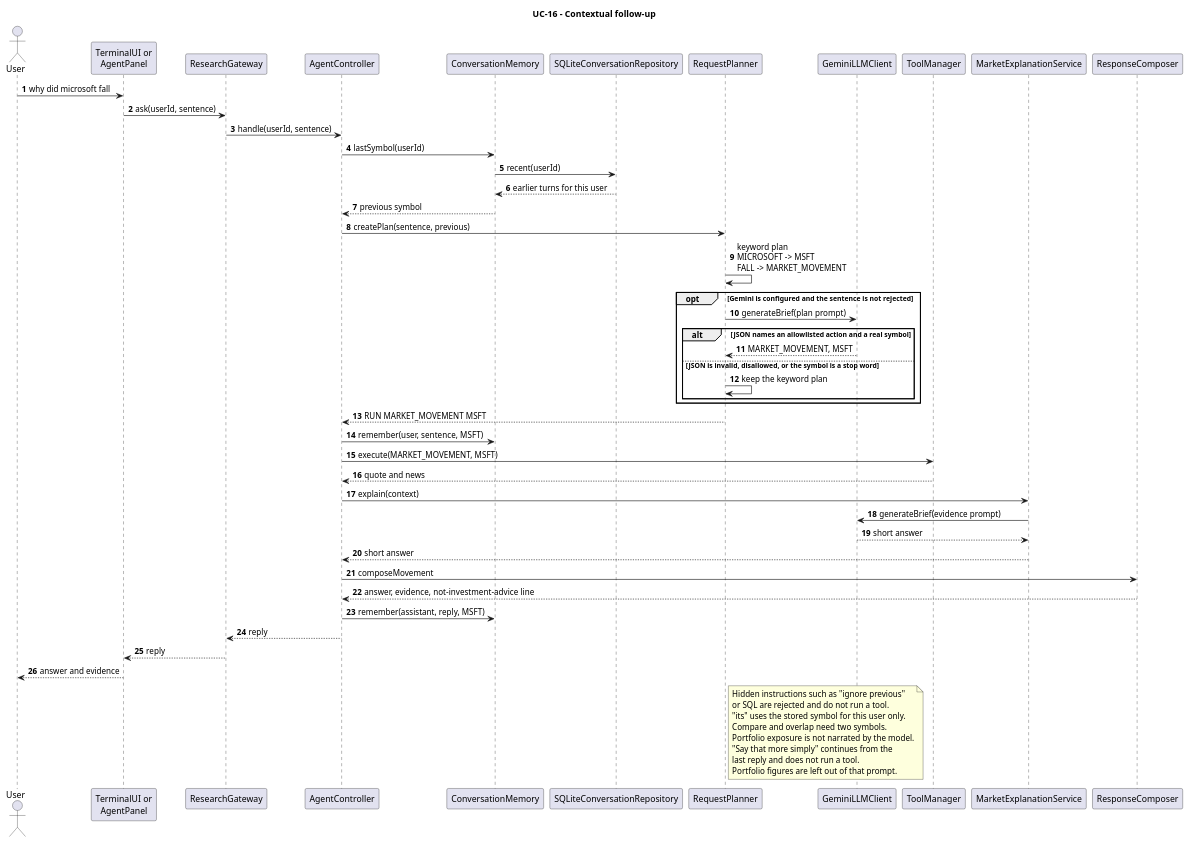
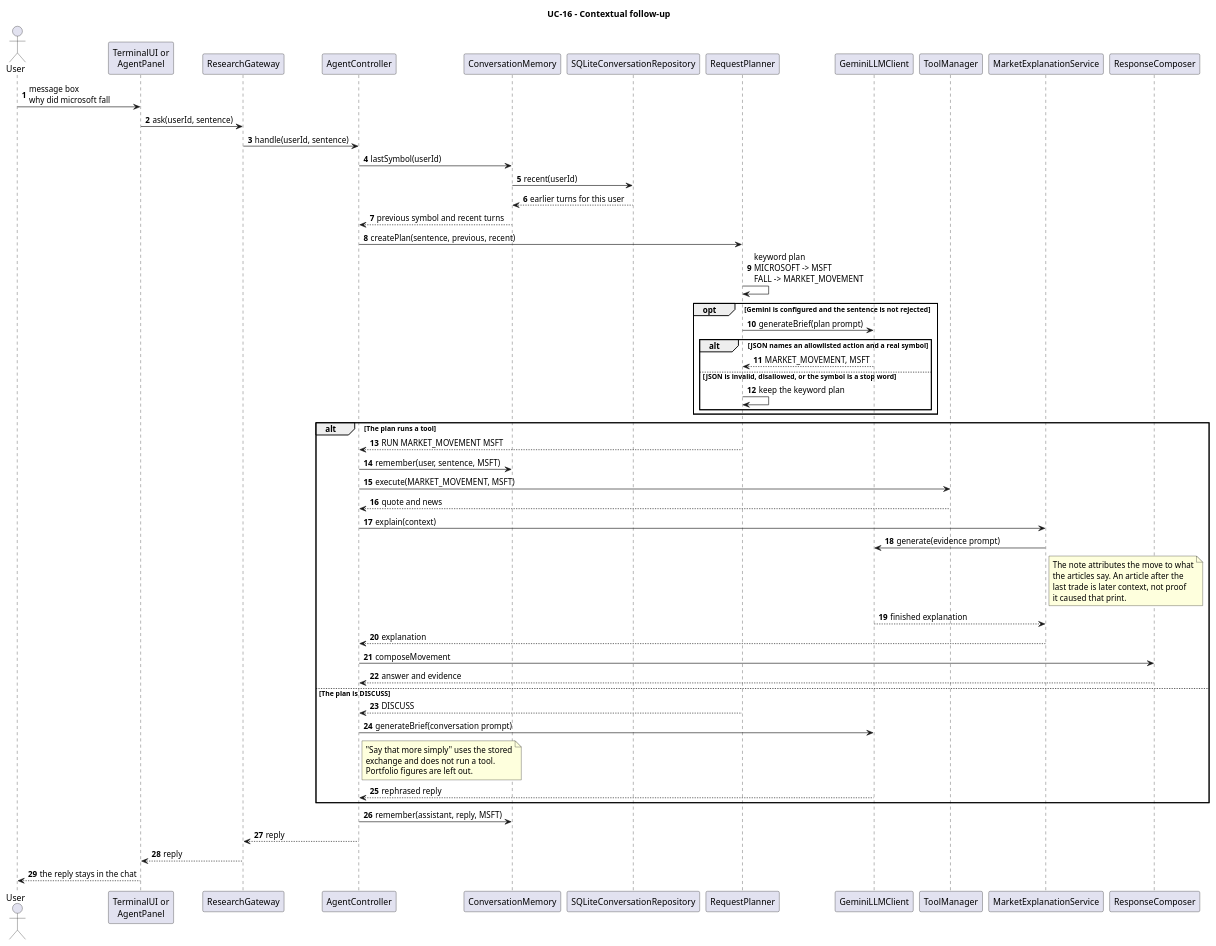
One commit to xAssasinSoulx/market-intelligence-agent changed the diagram in docs/uml/sequence-context-followup.puml. Above: the diagram before and after it, drawn with PlantUML. The commit also changed 7 other files, not shown here.

First line of the commit message:
docs: update the Stage 2 diagrams, report, and demonstration clips

```diff
--- a/docs/uml/sequence-context-followup.puml
+++ b/docs/uml/sequence-context-followup.puml
@@ -1,64 +1,70 @@
 @startuml
 title UC-16 - Contextual follow-up
 
 autonumber
 
 actor User
 participant "TerminalUI or\nAgentPanel" as UI
 participant ResearchGateway
 participant AgentController
 participant ConversationMemory
 participant SQLiteConversationRepository
 participant RequestPlanner
 participant GeminiLLMClient
 participant ToolManager
 participant MarketExplanationService
 participant ResponseComposer
 
-User -> UI : why did microsoft fall
+User -> UI : message box\nwhy did microsoft fall
 UI -> ResearchGateway : ask(userId, sentence)
 ResearchGateway -> AgentController : handle(userId, sentence)
 AgentController -> ConversationMemory : lastSymbol(userId)
 ConversationMemory -> SQLiteConversationRepository : recent(userId)
 SQLiteConversationRepository --> ConversationMemory : earlier turns for this user
-ConversationMemory --> AgentController : previous symbol
+ConversationMemory --> AgentController : previous symbol and recent turns
 
-AgentController -> RequestPlanner : createPlan(sentence, previous)
+AgentController -> RequestPlanner : createPlan(sentence, previous, recent)
 RequestPlanner -> RequestPlanner : keyword plan\nMICROSOFT -> MSFT\nFALL -> MARKET_MOVEMENT
 
 opt Gemini is configured and the sentence is not rejected
     RequestPlanner -> GeminiLLMClient : generateBrief(plan prompt)
     alt JSON names an allowlisted action and a real symbol
         GeminiLLMClient --> RequestPlanner : MARKET_MOVEMENT, MSFT
     else JSON is invalid, disallowed, or the symbol is a stop word
         RequestPlanner -> RequestPlanner : keep the keyword plan
     end
 end
 
-RequestPlanner --> AgentController : RUN MARKET_MOVEMENT MSFT
-AgentController -> ConversationMemory : remember(user, sentence, MSFT)
-AgentController -> ToolManager : execute(MARKET_MOVEMENT, MSFT)
-ToolManager --> AgentController : quote and news
-AgentController -> MarketExplanationService : explain(context)
-MarketExplanationService -> GeminiLLMClient : generateBrief(evidence prompt)
-GeminiLLMClient --> MarketExplanationService : short answer
-MarketExplanationService --> AgentController : short answer
-AgentController -> ResponseComposer : composeMovement
-ResponseComposer --> AgentController : answer, evidence, not-investment-advice line
+alt The plan runs a tool
+    RequestPlanner --> AgentController : RUN MARKET_MOVEMENT MSFT
+    AgentController -> ConversationMemory : remember(user, sentence, MSFT)
+    AgentController -> ToolManager : execute(MARKET_MOVEMENT, MSFT)
+    ToolManager --> AgentController : quote and news
+    AgentController -> MarketExplanationService : explain(context)
+    MarketExplanationService -> GeminiLLMClient : generate(evidence prompt)
+    note right of MarketExplanationService
+      The note attributes the move to what
+      the articles say. An article after the
+      last trade is later context, not proof
+      it caused that print.
+    end note
+    GeminiLLMClient --> MarketExplanationService : finished explanation
+    MarketExplanationService --> AgentController : explanation
+    AgentController -> ResponseComposer : composeMovement
+    ResponseComposer --> AgentController : answer and evidence
+else The plan is DISCUSS
+    RequestPlanner --> AgentController : DISCUSS
+    AgentController -> GeminiLLMClient : generateBrief(conversation prompt)
+    note right of AgentController
+      "Say that more simply" uses the stored
+      exchange and does not run a tool.
+      Portfolio figures are left out.
+    end note
+    GeminiLLMClient --> AgentController : rephrased reply
+end
 AgentController -> ConversationMemory : remember(assistant, reply, MSFT)
 AgentController --> ResearchGateway : reply
 ResearchGateway --> UI : reply
-UI --> User : answer and evidence
-
-note right of RequestPlanner
-  Hidden instructions such as "ignore previous"
-  or SQL are rejected and do not run a tool.
-  "its" uses the stored symbol for this user only.
-  Compare and overlap need two symbols.
-  Portfolio exposure is not narrated by the model.
-  "Say that more simply" continues from the
-  last reply and does not run a tool.
-  Portfolio figures are left out of that prompt.
-end note
+UI --> User : the reply stays in the chat
 
 @enduml
```
